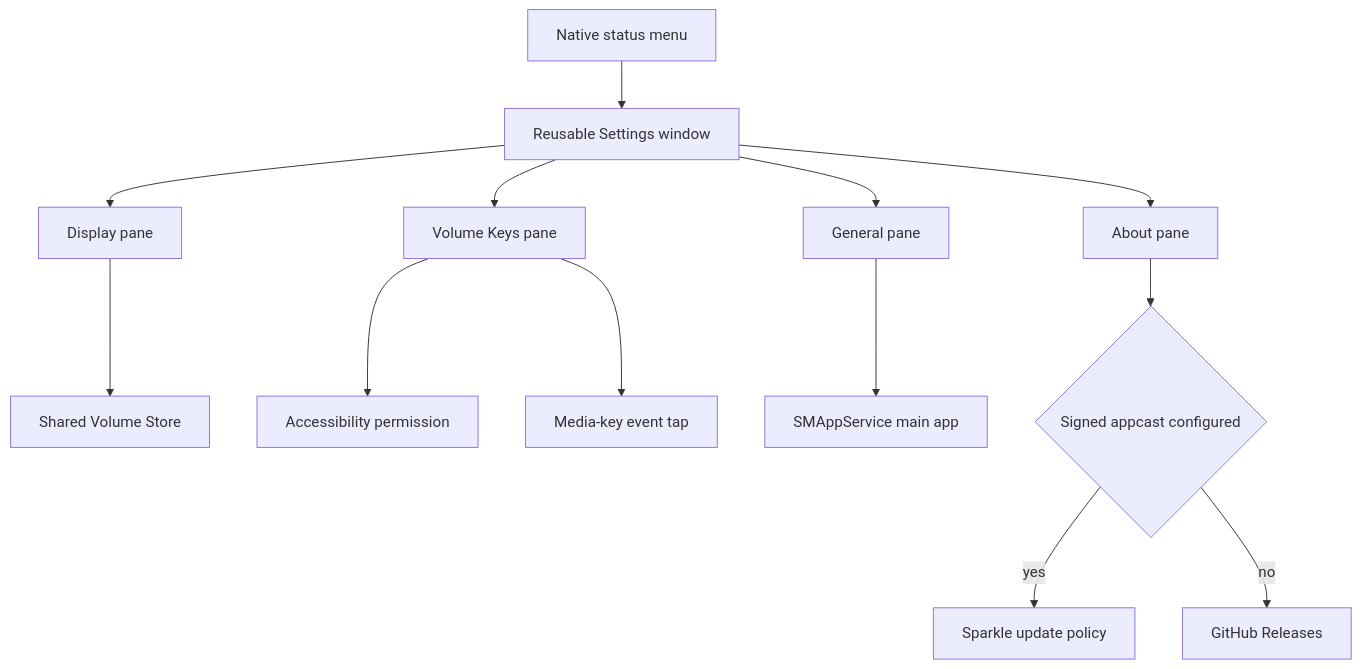
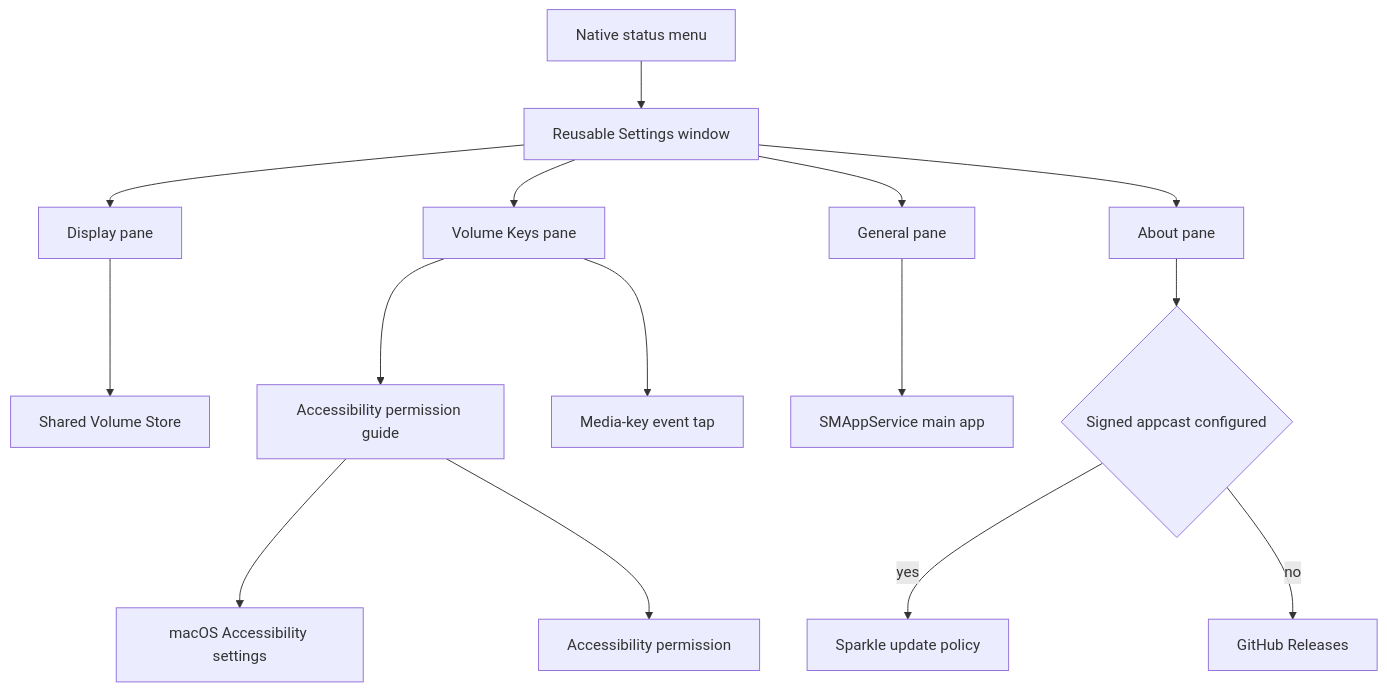
Before and after one commit to acg-box/deskhelm: the second of 3 diagrams in openwiki/architecture-and-runtime.md, drawn with Mermaid. The commit also changed other lines of this file and 23 other files, not shown here.

Commit message:
{"schema":"decodex/commit/2","change":"Polish volume controls and Accessibility guidance","authority":"manual","impact":"compatible"}

````diff
--- a/openwiki/architecture-and-runtime.md
+++ b/openwiki/architecture-and-runtime.md
@@ -135,15 +135,17 @@
 ```mermaid
 flowchart TD
     Menu["Native status menu"] --> Settings["Reusable Settings window"]
     Settings --> Display["Display pane"]
     Settings --> VolumeKeys["Volume Keys pane"]
     Settings --> General["General pane"]
     Settings --> About["About pane"]
     Display --> Store["Shared Volume Store"]
-    VolumeKeys --> Permission["Accessibility permission"]
+    VolumeKeys --> Guide["Accessibility permission guide"]
+    Guide --> SystemSettings["macOS Accessibility settings"]
+    Guide --> Permission["Accessibility permission"]
     VolumeKeys --> EventTap["Media-key event tap"]
     General --> Login["SMAppService main app"]
     About --> Updater{"Signed appcast configured"}
     Updater -->|yes| Sparkle["Sparkle update policy"]
     Updater -->|no| Releases["GitHub Releases"]
 ```
````
